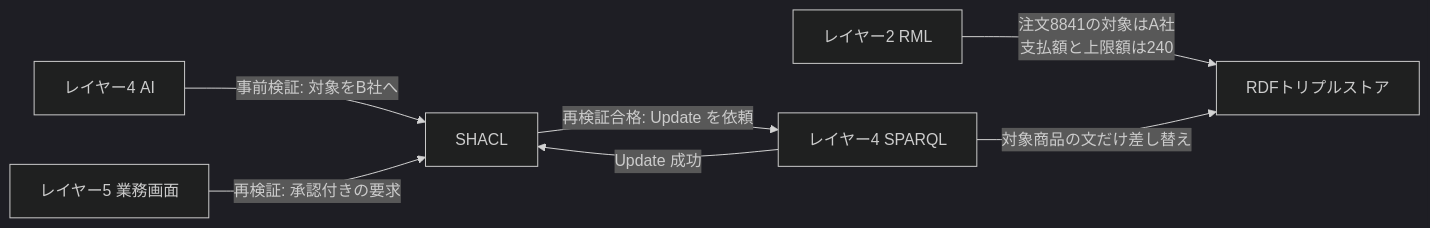
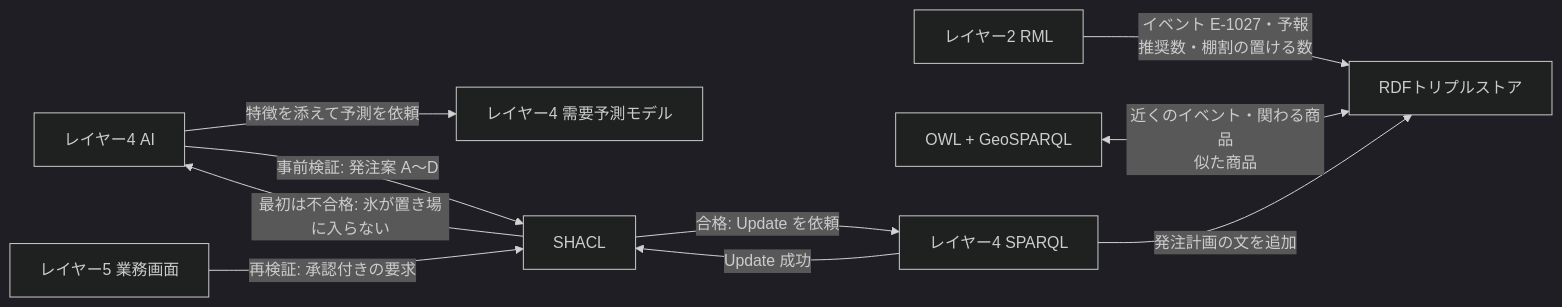
The first of 2 diagrams in docs/layer-3.md (nit-kl/Ontology_Study), drawn with Mermaid (dark theme) before and after one commit. The commit also changed other lines of this file and 11 other files, not shown here.

````diff
--- a/docs/layer-3.md
+++ b/docs/layer-3.md
@@ -294,15 +308,20 @@
 ```mermaid
 flowchart LR
     RML["レイヤー2 RML"]
     STORE["RDFトリプルストア"]
+    OWL["OWL + GeoSPARQL"]
     AI["レイヤー4 AI"]
+    FC["レイヤー4 需要予測モデル"]
     UI["レイヤー5 業務画面"]
     SHACL["SHACL"]
     SP["レイヤー4 SPARQL"]
-    RML -->|"注文8841の対象はA社<br/>支払額と上限額は240"| STORE
-    AI -->|"事前検証: 対象をB社へ"| SHACL
+    RML -->|"イベント E-1027・予報<br/>推奨数・棚割の置ける数"| STORE
+    OWL <-->|"近くのイベント・関わる商品<br/>似た商品"| STORE
+    AI -->|"特徴を添えて予測を依頼"| FC
+    AI -->|"事前検証: 発注案 A〜D"| SHACL
+    SHACL -->|"最初は不合格: 氷が置き場に入らない"| AI
     UI -->|"再検証: 承認付きの要求"| SHACL
-    SHACL -->|"再検証合格: Update を依頼"| SP
-    SP -->|"対象商品の文だけ差し替え"| STORE
+    SHACL -->|"合格: Update を依頼"| SP
+    SP -->|"発注計画の文を追加"| STORE
     SP -->|"Update 成功"| SHACL
 ```
````
